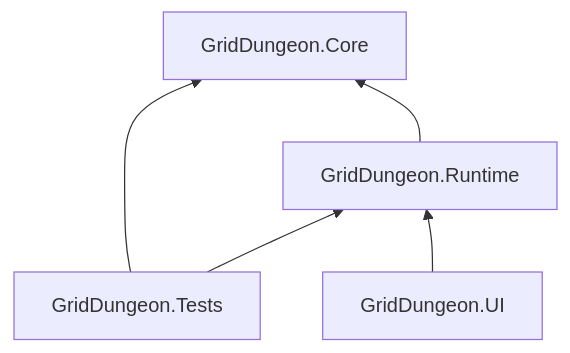
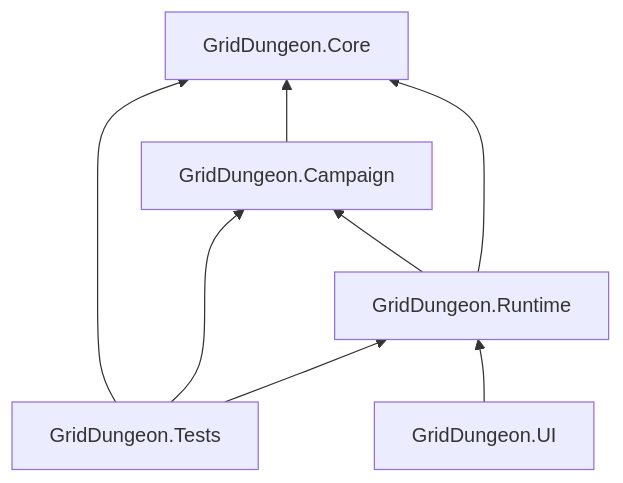
The diagram in docs/05-class-design.md (miramocha/griddungeon-design-docs), drawn with Mermaid before and after one commit. The commit also changed other lines of this file and 5 other files, not shown here.

First line of the commit message:
Docs: GridDungeon.Campaign asmdef boundaries and PR review gate.

````diff
--- a/docs/05-class-design.md
+++ b/docs/05-class-design.md
@@ -30,11 +30,15 @@
 ```mermaid
 flowchart BT
   T[GridDungeon.Tests]
   UI[GridDungeon.UI]
   R[GridDungeon.Runtime]
+  Camp[GridDungeon.Campaign]
   C[GridDungeon.Core]
   T --> C
+  T --> Camp
   T --> R
   UI --> R
+  R --> Camp
   R --> C
+  Camp --> C
 ```
````
